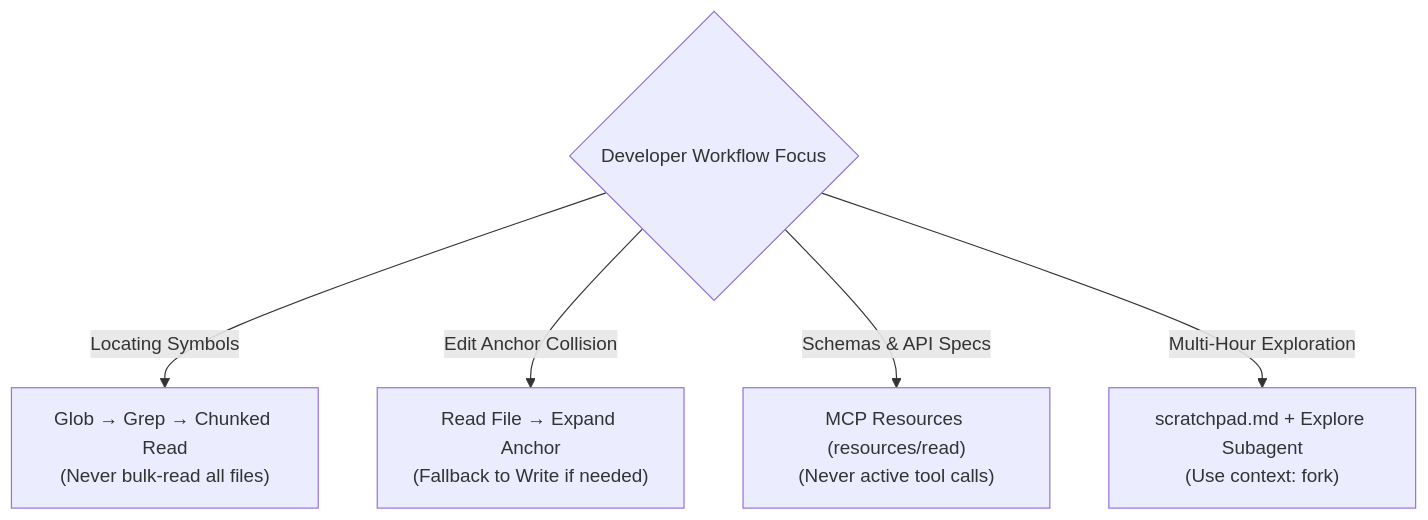
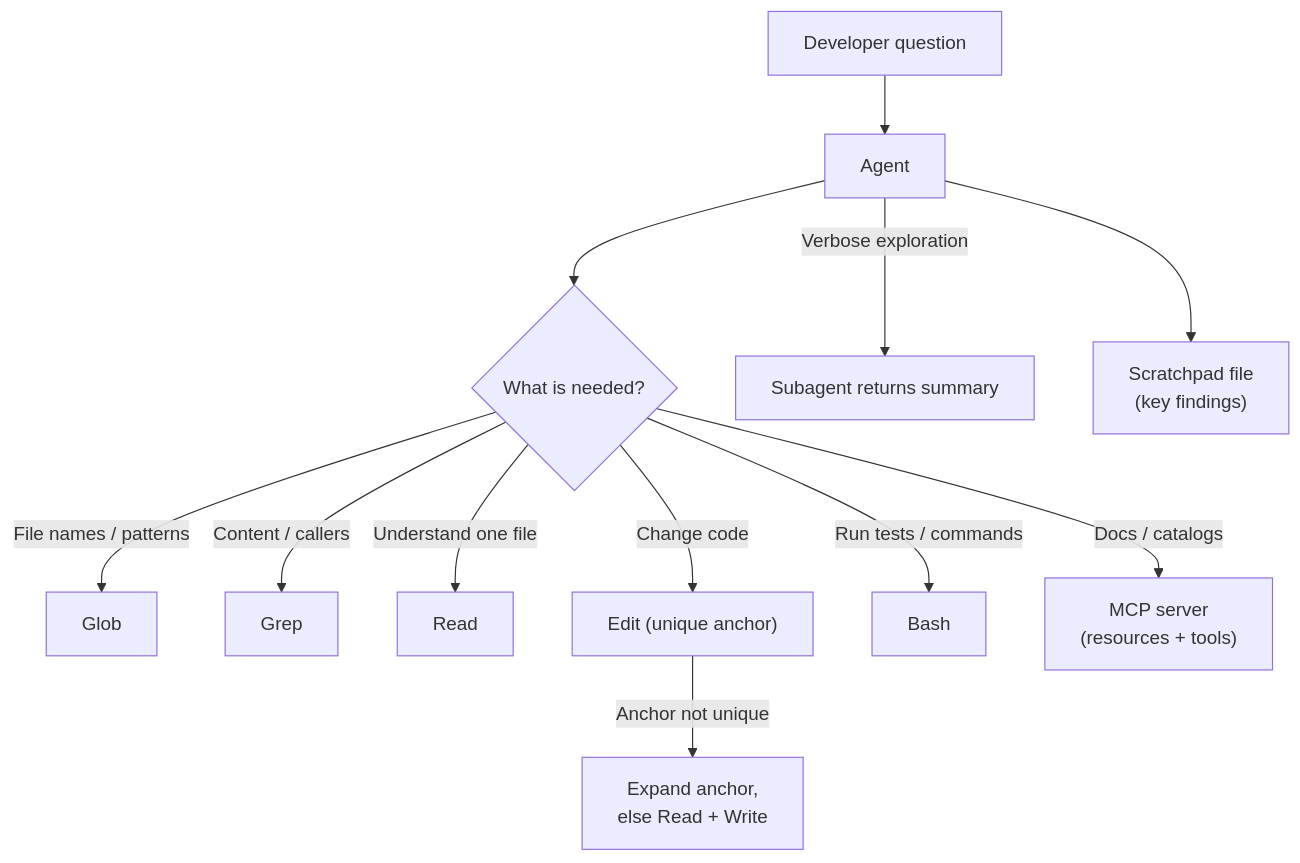
Before and after one commit to dip4k/claude_cert_architect_foundation_prep: the diagram in scenarios/scenario_4_developer_productivity/SCENARIO_GUIDE.md, drawn with Mermaid. The commit also changed other lines of this file and 133 other files, not shown here.

````diff
--- a/scenarios/scenario_4_developer_productivity/SCENARIO_GUIDE.md
+++ b/scenarios/scenario_4_developer_productivity/SCENARIO_GUIDE.md
@@ -53,8 +18,14 @@
 ```mermaid
 flowchart TD
-    Start{"Developer Workflow Focus"}
-    Start -->|Locating Symbols| D1["Glob → Grep → Chunked Read<br>(Never bulk-read all files)"]
-    Start -->|Edit Anchor Collision| D2["Read File → Expand Anchor<br>(Fallback to Write if needed)"]
-    Start -->|Schemas & API Specs| D3["MCP Resources (resources/read)<br>(Never active tool calls)"]
-    Start -->|Multi-Hour Exploration| D4["scratchpad.md + Explore Subagent<br>(Use context: fork)"]
+    Dev["Developer question"] --> Agent["Agent"]
+    Agent --> Find{"What is needed?"}
+    Find -->|"File names / patterns"| Glob["Glob"]
+    Find -->|"Content / callers"| Grep["Grep"]
+    Find -->|"Understand one file"| Read["Read"]
+    Find -->|"Change code"| Edit["Edit (unique anchor)"]
+    Edit -->|"Anchor not unique"| Fallback["Expand anchor,<br>else Read + Write"]
+    Find -->|"Run tests / commands"| Bash["Bash"]
+    Find -->|"Docs / catalogs"| MCP["MCP server<br>(resources + tools)"]
+    Agent -->|"Verbose exploration"| Sub["Subagent returns summary"]
+    Agent --> Notes["Scratchpad file<br>(key findings)"]
 ```
````
